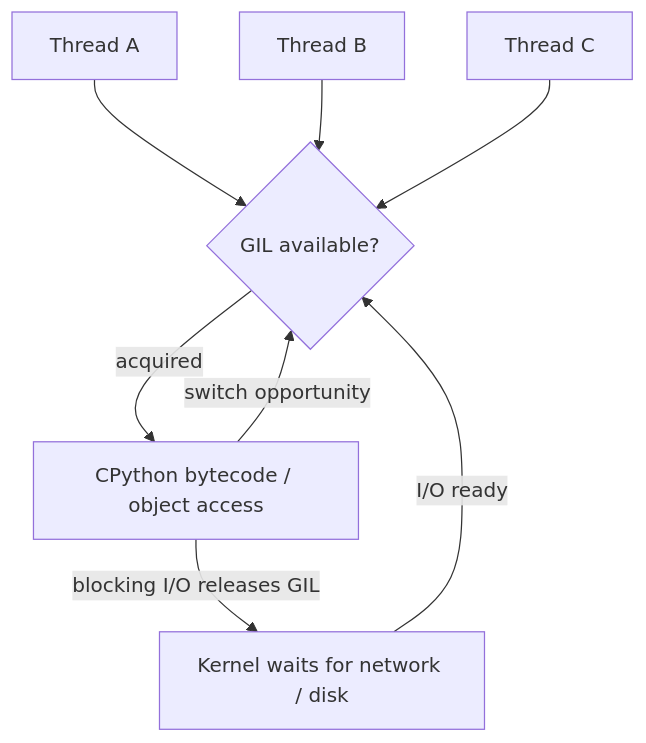
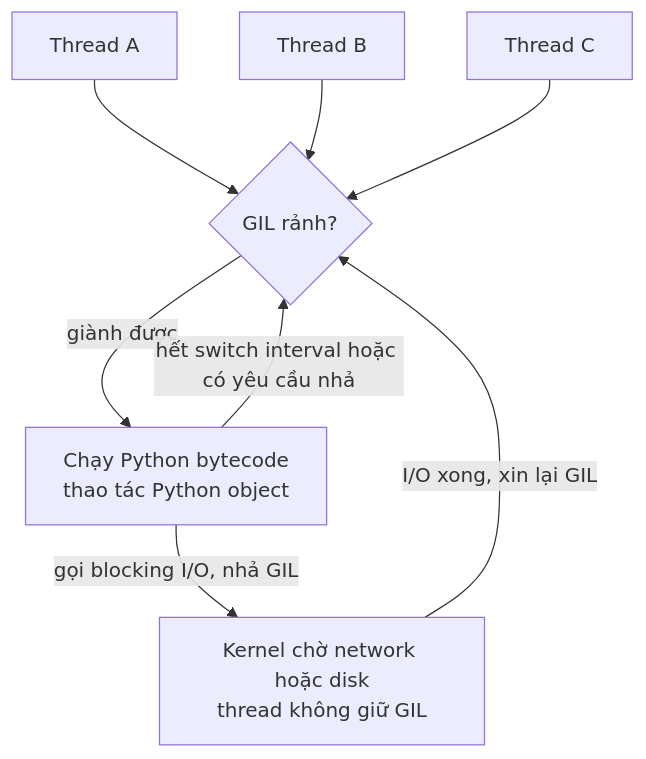
The first of 8 diagrams in python/knowledges/02-python-concurrency/gil.md (HuyNguyen-FinX/Try_Hard), drawn with Mermaid before and after one commit. The commit also changed other lines of this file and 139 other files, not shown here.

````diff
--- a/python/knowledges/02-python-concurrency/gil.md
+++ b/python/knowledges/02-python-concurrency/gil.md
@@ -155,10 +17,10 @@
 ```mermaid
 flowchart TD
-    T1["Thread A"] --> Gate{"GIL available?"}
+    T1["Thread A"] --> Gate{"GIL rảnh?"}
     T2["Thread B"] --> Gate
     T3["Thread C"] --> Gate
-    Gate -->|acquired| VM["CPython bytecode / object access"]
-    VM -->|blocking I/O releases GIL| IO["Kernel waits for network / disk"]
-    IO -->|I/O ready| Gate
-    VM -->|switch opportunity| Gate
+    Gate -->|"giành được"| VM["Chạy Python bytecode<br/>thao tác Python object"]
+    VM -->|"gọi blocking I/O, nhả GIL"| IO["Kernel chờ network hoặc disk<br/>thread không giữ GIL"]
+    IO -->|"I/O xong, xin lại GIL"| Gate
+    VM -->|"hết switch interval hoặc có yêu cầu nhả"| Gate
 ```
````
